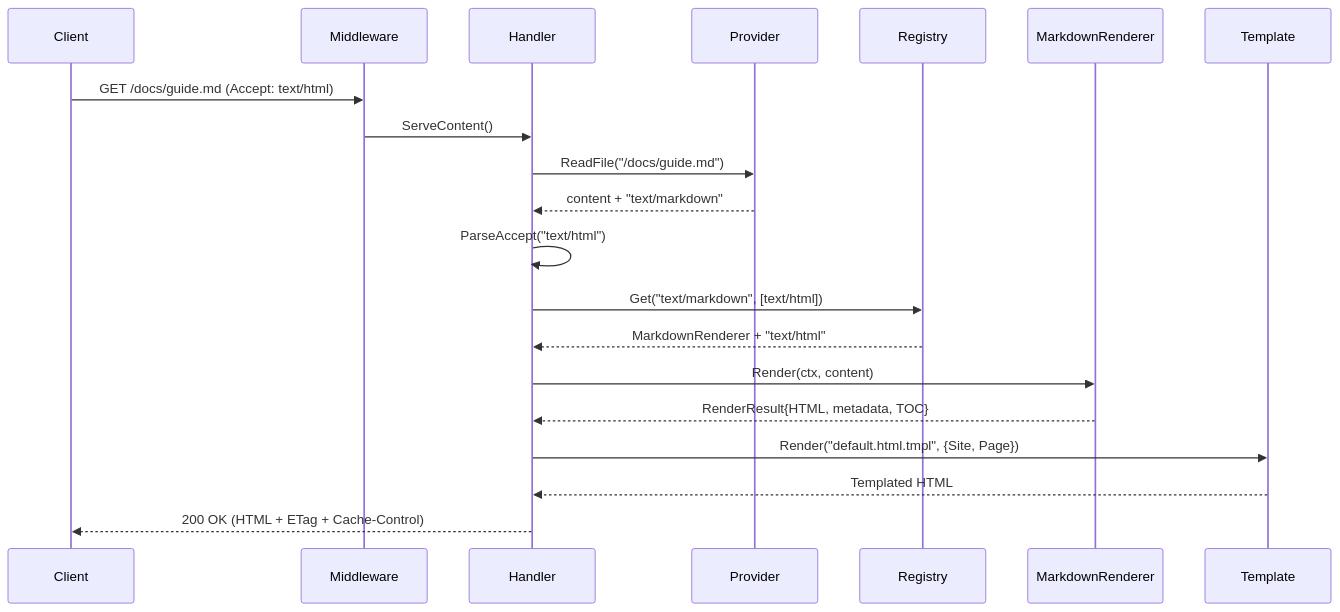
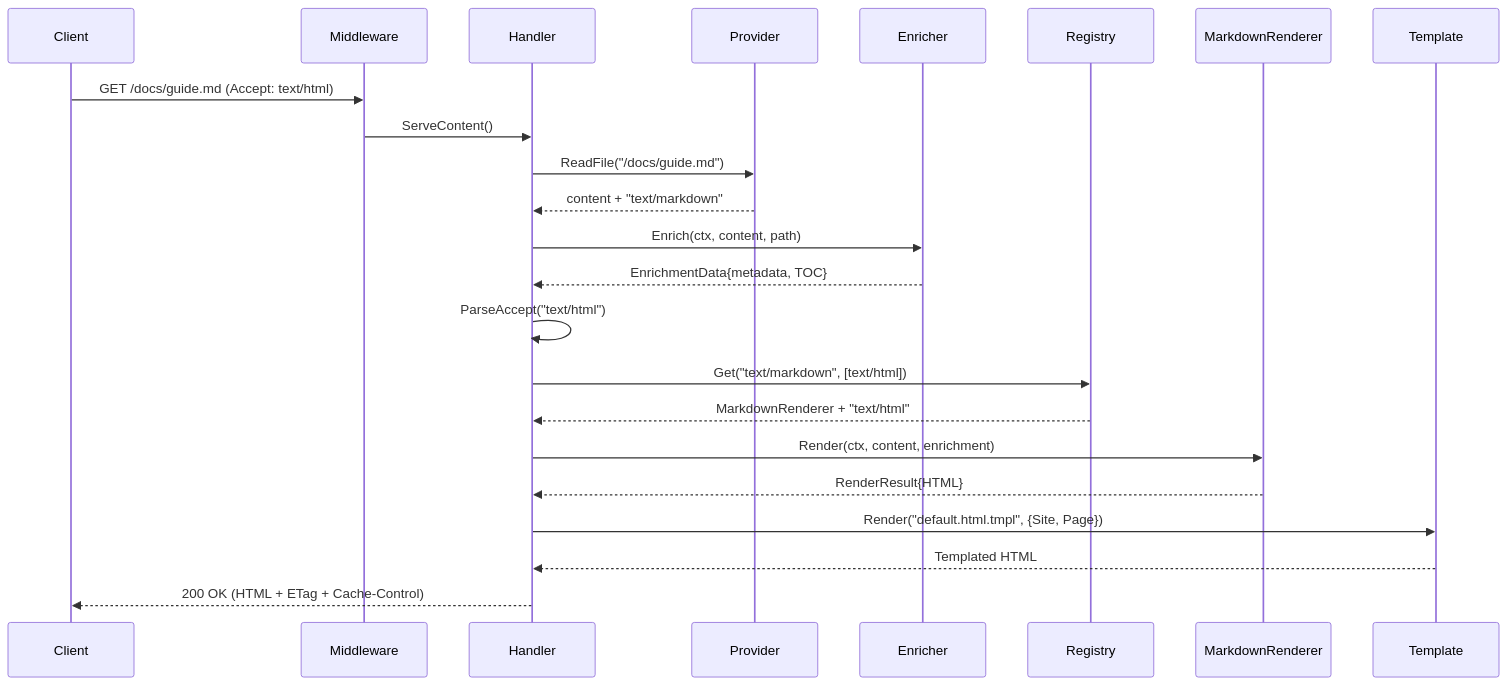
One commit to monolithiclab/gomddoc changed the second of 3 diagrams in docs/architecture.md. Above: the diagram before and after it, drawn with Mermaid. The commit also changed other lines of this file and 33 other files, not shown here.

First line of the commit message:
Add content enricher pipeline (Phase 6b)

````diff
--- a/docs/architecture.md
+++ b/docs/architecture.md
@@ -279,23 +313,26 @@
 ```mermaid
 sequenceDiagram
     participant C as Client
     participant M as Middleware
     participant H as Handler
     participant P as Provider
+    participant EN as Enricher
     participant Reg as Registry
     participant R as MarkdownRenderer
     participant T as Template
 
     C->>M: GET /docs/guide.md (Accept: text/html)
     M->>H: ServeContent()
     H->>P: ReadFile("/docs/guide.md")
     P-->>H: content + "text/markdown"
+    H->>EN: Enrich(ctx, content, path)
+    EN-->>H: EnrichmentData{metadata, TOC}
     H->>H: ParseAccept("text/html")
     H->>Reg: Get("text/markdown", [text/html])
     Reg-->>H: MarkdownRenderer + "text/html"
-    H->>R: Render(ctx, content)
-    R-->>H: RenderResult{HTML, metadata, TOC}
+    H->>R: Render(ctx, content, enrichment)
+    R-->>H: RenderResult{HTML}
     H->>T: Render("default.html.tmpl", {Site, Page})
     T-->>H: Templated HTML
     H-->>C: 200 OK (HTML + ETag + Cache-Control)
 ```
````
